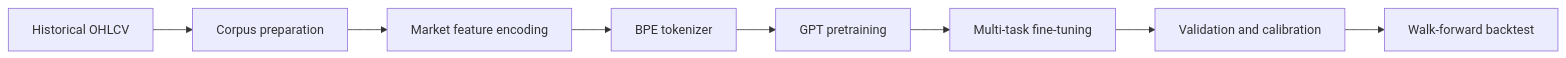
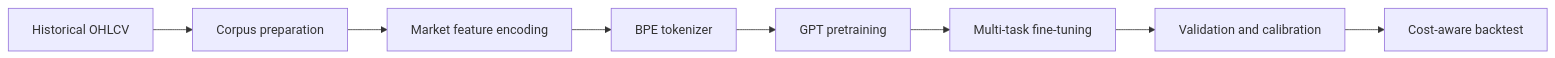
One commit to NodePro-gif/market-foundation-model changed the diagram in README.md. Above: the diagram before and after it, drawn with Mermaid. The commit also changed other lines of this file and 5 other files, not shown here.

````diff
--- a/README.md
+++ b/README.md
@@ -13,10 +13,10 @@
 ```mermaid
 flowchart LR
     A[Historical OHLCV] --> B[Corpus preparation]
     B --> C[Market feature encoding]
     C --> D[BPE tokenizer]
     D --> E[GPT pretraining]
     E --> F[Multi-task fine-tuning]
     F --> G[Validation and calibration]
-    G --> H[Walk-forward backtest]
+    G --> H[Cost-aware backtest]
 ```
````
